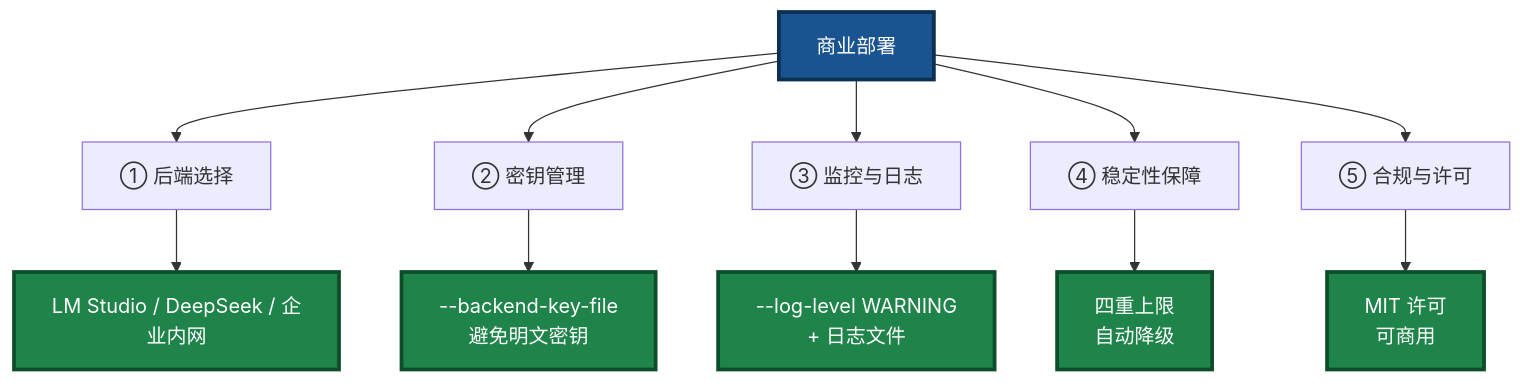
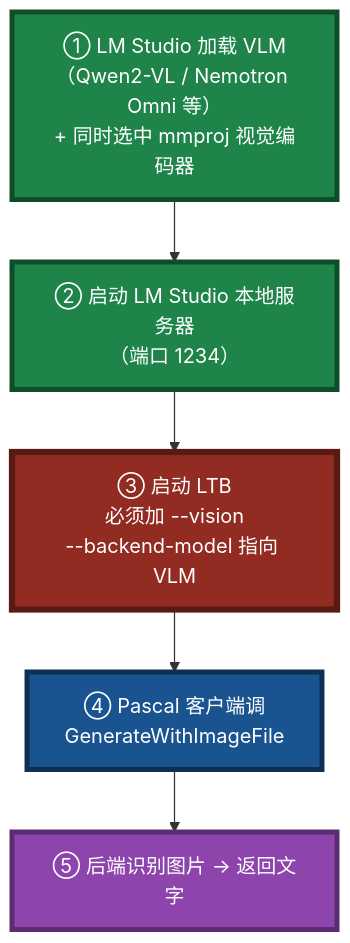
One commit to PassByYou888/LingoFuse-pasAgent-v3 changed the ninth of 12 diagrams in Pascal_Integration_Guide.md. Above: the diagram before and after it, drawn with Mermaid. The commit also changed other lines of this file, not shown here.

````diff
--- a/Pascal_Integration_Guide.md
+++ b/Pascal_Integration_Guide.md
@@ -1006,21 +247,16 @@
 ```mermaid
 flowchart TB
-    A["商业部署"] --> B["① 后端选择"]
-    A --> C["② 密钥管理"]
-    A --> D["③ 监控与日志"]
-    A --> E["④ 稳定性保障"]
-    A --> F["⑤ 合规与许可"]
+    S1["① LM Studio 加载 VLM<br/>（Qwen2-VL / Nemotron Omni 等）<br/>+ 同时选中 mmproj 视觉编码器"]
+    S2["② 启动 LM Studio 本地服务器<br/>（端口 1234）"]
+    S3["③ 启动 LTB<br/>必须加 --vision<br/>--backend-model 指向 VLM"]
+    S4["④ Pascal 客户端调<br/>GenerateWithImageFile"]
+    S5["⑤ 后端识别图片 → 返回文字"]
 
-    B --> B1["LM Studio / DeepSeek / 企业内网"]
-    C --> C1["--backend-key-file<br/>避免明文密钥"]
-    D --> D1["--log-level WARNING<br/>+ 日志文件"]
-    E --> E1["四重上限<br/>自动降级"]
-    F --> F1["MIT 许可<br/>可商用"]
+    S1 --> S2 --> S3 --> S4 --> S5
 
-    style A fill:#1A5490,stroke:#0D2F52,stroke-width:3px,color:#FFFFFF
-    style B1 fill:#1E8449,stroke:#0E4D2A,stroke-width:3px,color:#FFFFFF
-    style C1 fill:#1E8449,stroke:#0E4D2A,stroke-width:3px,color:#FFFFFF
-    style D1 fill:#1E8449,stroke:#0E4D2A,stroke-width:3px,color:#FFFFFF
-    style E1 fill:#1E8449,stroke:#0E4D2A,stroke-width:3px,color:#FFFFFF
-    style F1 fill:#1E8449,stroke:#0E4D2A,stroke-width:3px,color:#FFFFFF
+    style S1 fill:#1E8449,stroke:#0E4D2A,stroke-width:4px,color:#FFFFFF
+    style S2 fill:#1E8449,stroke:#0E4D2A,stroke-width:4px,color:#FFFFFF
+    style S3 fill:#922B21,stroke:#5A1A14,stroke-width:5px,color:#FFFFFF
+    style S4 fill:#1A5490,stroke:#0D2F52,stroke-width:4px,color:#FFFFFF
+    style S5 fill:#8E44AD,stroke:#5B2C6F,stroke-width:4px,color:#FFFFFF
 ```
````
